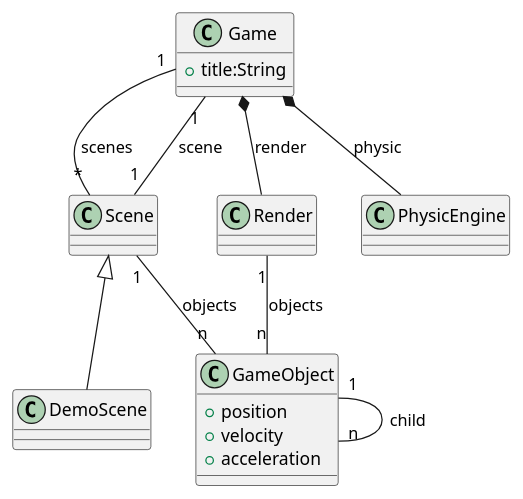
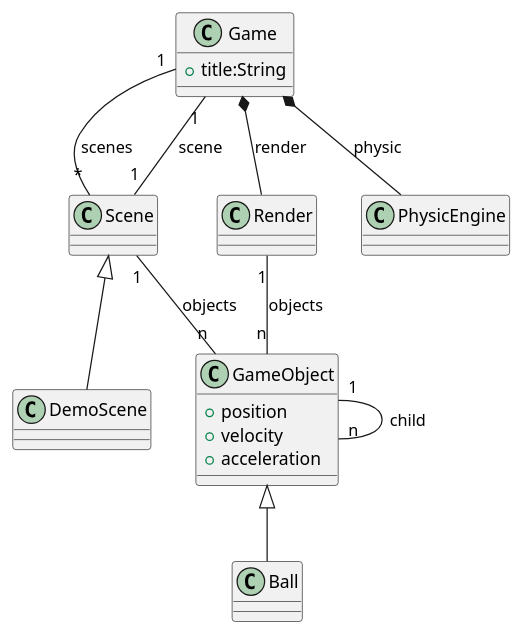
The diagram in README.md (mcgivrer/ufo), drawn with PlantUML before and after one commit. The commit also changed other lines of this file and 2 other files, not shown here.

````diff
--- a/README.md
+++ b/README.md
@@ -8,23 +8,25 @@
 ```plantuml source="classmodel.uml" format="PNG"
 @startuml
 class Game{
     +title:String
 }
 class GameObject{
     +position
     +velocity
     +acceleration
 }
 class Scene
 class DemoScene extends Scene
 class Render
 class PhysicEngine
+class Ball extends GameObject
+
 Game *-- Render:render
 Game *-- PhysicEngine:physic
 Game "1" -- "*" Scene:scenes
 Game "1" -- "1" Scene:scene
 Scene "1" -- "n" GameObject:objects
 Render "1" -- "n" GameObject:objects
 GameObject "1" -- "n" GameObject:child
 @enduml
 ```
````
